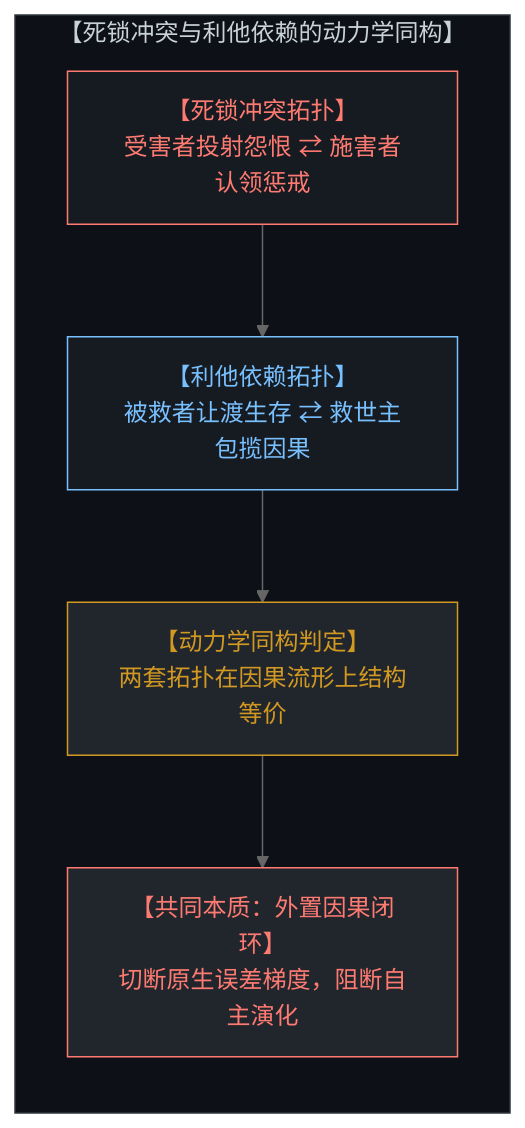
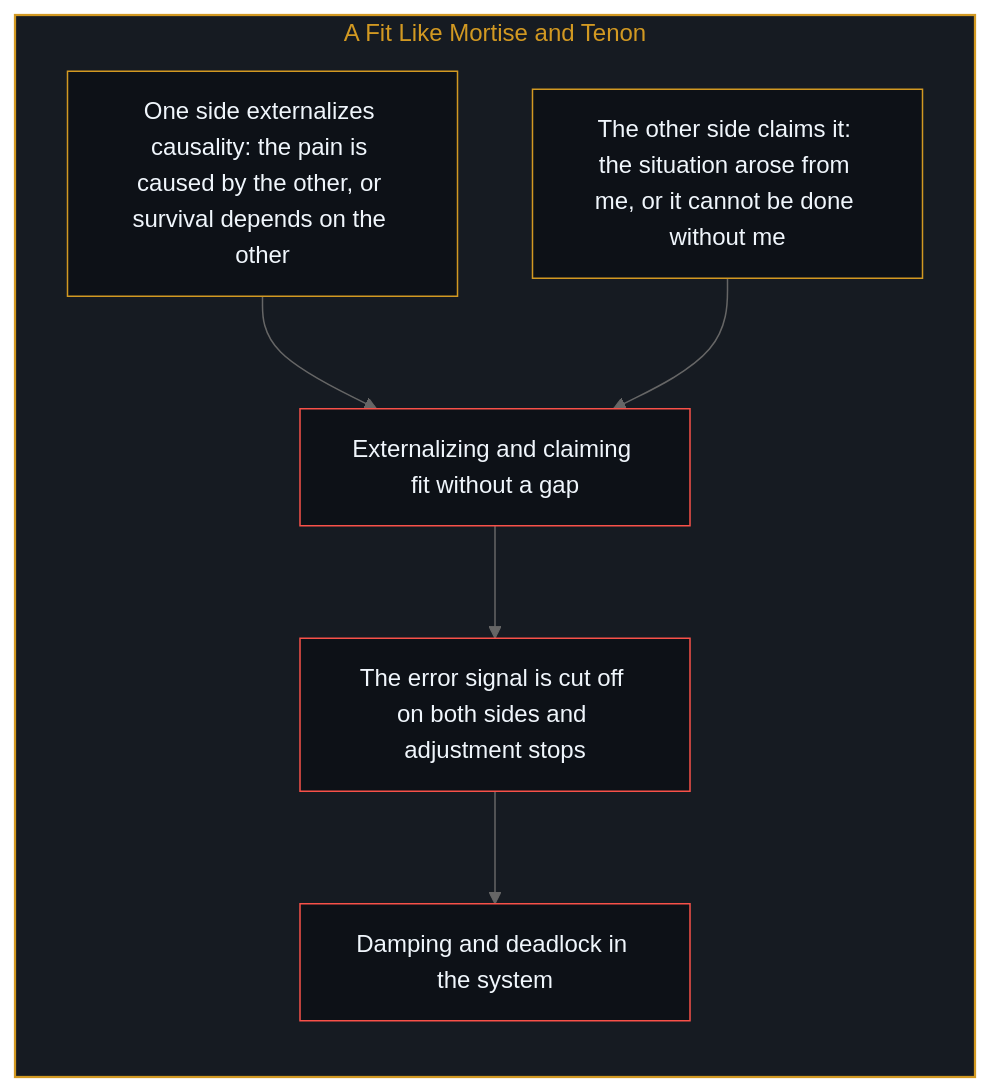
The fourth of 12 diagrams in content/posts/the-power-law-of-surrendered-agency.md (powerpig99/not-a-toe), drawn with Mermaid (neutral theme) before and after one commit. The commit also changed other lines of this file and 2 other files, not shown here.

Commit message:
Refine the-power-law-of-surrendered-agency: alternating bilingual layout, six paired diagrams, implicit first person

````diff
--- a/content/posts/the-power-law-of-surrendered-agency.md
+++ b/content/posts/the-power-law-of-surrendered-agency.md
@@ -105,18 +102,22 @@
 ```mermaid
-graph TD
-    subgraph DynamicalIsomorphism["【死锁冲突与利他依赖的动力学同构】"]
+flowchart TD
+    subgraph S_Mortise["A Fit Like Mortise and Tenon"]
         direction TB
-        ConflictPattern["【死锁冲突拓扑】<br>受害者投射怨恨 ⇄ 施害者认领惩戒"]
-        AltruismPattern["【利他依赖拓扑】<br>被救者让渡生存 ⇄ 救世主包揽因果"]
-        IsomorphicMatch["【动力学同构判定】<br>两套拓扑在因果流形上结构等价"]
-        SharedLock["【共同本质：外置因果闭环】<br>切断原生误差梯度，阻断自主演化"]
-        ConflictPattern --> AltruismPattern
-        AltruismPattern --> IsomorphicMatch
-        IsomorphicMatch --> SharedLock
+        Out["One side externalizes causality: the pain is caused by the other, or survival depends on the other"]
+        In["The other side claims it: the situation arose from me, or it cannot be done without me"]
+        Fit["Externalizing and claiming fit without a gap"]
+        Frozen["The error signal is cut off on both sides and adjustment stops"]
+        Drag["Damping and deadlock in the system"]
+        Out --> Fit
+        In --> Fit
+        Fit --> Frozen
+        Frozen --> Drag
     end
-    style DynamicalIsomorphism fill:#0d1117,stroke:#30363d,stroke-width:1px,color:#c9d1d9
-    style ConflictPattern fill:#161b22,stroke:#ff7b72,stroke-width:1px,color:#ff7b72
-    style AltruismPattern fill:#161b22,stroke:#79c0ff,stroke-width:1px,color:#79c0ff
-    style IsomorphicMatch fill:#21262d,stroke:#d29922,color:#d29922
-    style SharedLock fill:#21262d,stroke:#ff7b72,color:#ff7b72
+
+    style S_Mortise fill:#161b22,stroke:#d29922,stroke-width:1.5px,color:#d29922
+    style Out fill:#0d1117,stroke:#d29922,stroke-width:1px,color:#f0f6fc
+    style In fill:#0d1117,stroke:#d29922,stroke-width:1px,color:#f0f6fc
+    style Fit fill:#0d1117,stroke:#f85149,stroke-width:1px,color:#f0f6fc
+    style Frozen fill:#0d1117,stroke:#f85149,stroke-width:1px,color:#f0f6fc
+    style Drag fill:#0d1117,stroke:#f85149,stroke-width:1px,color:#f0f6fc
 ```
````
